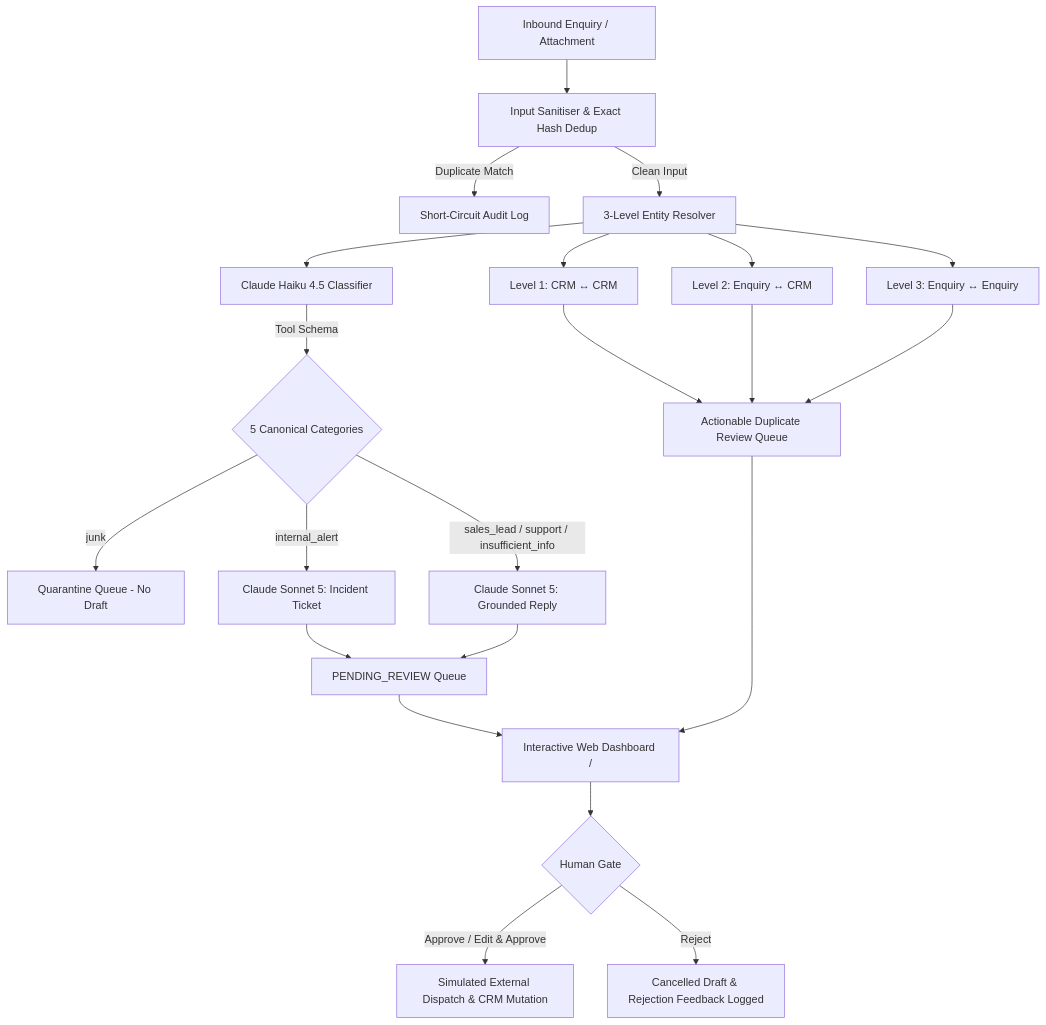
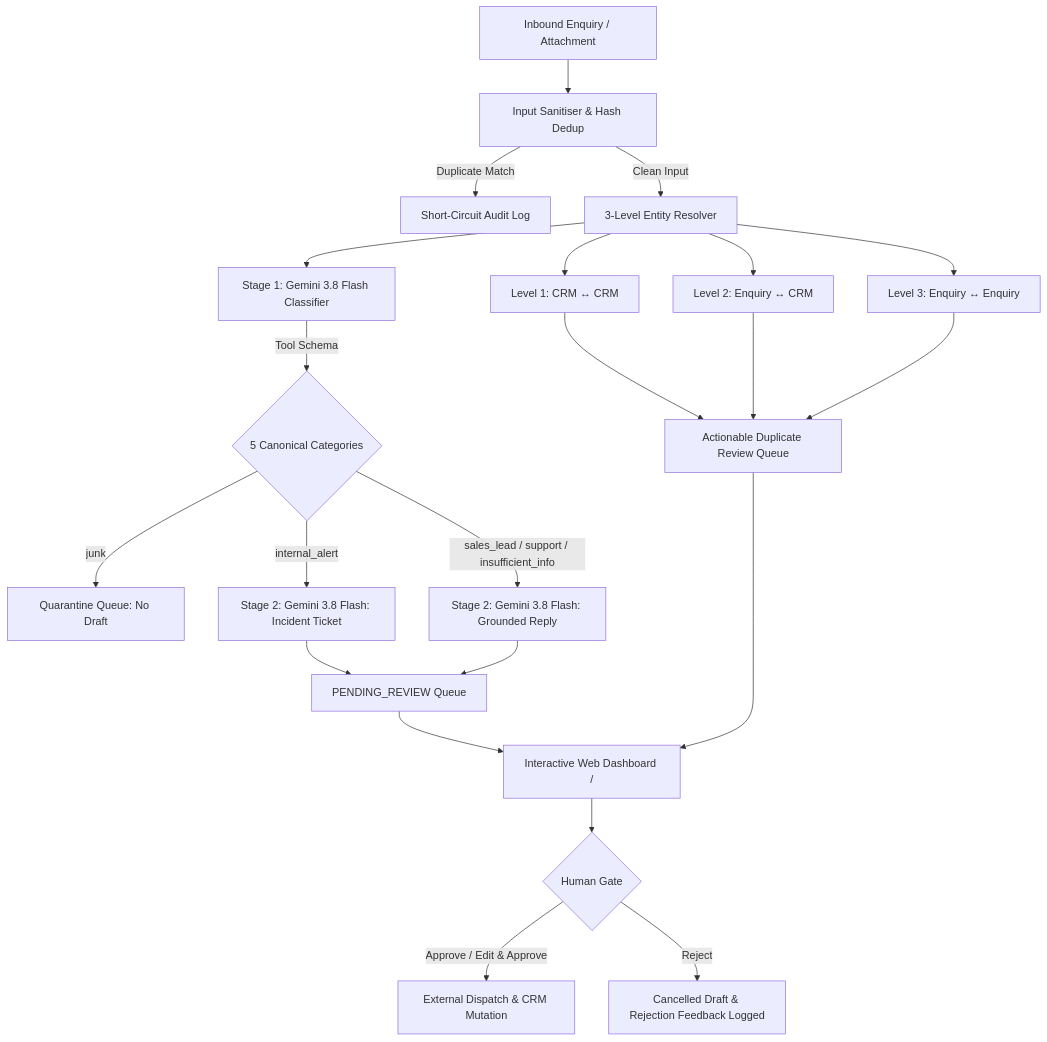
One commit to AgustarAlfonso/wearebeda changed the diagram in README.md. Above: the diagram before and after it, drawn with Mermaid. The commit also changed other lines of this file and 3 other files, not shown here.

````diff
--- a/README.md
+++ b/README.md
@@ -25,27 +26,27 @@
 ```mermaid
 flowchart TD
-    A[Inbound Enquiry / Attachment] --> B[Input Sanitiser & Exact Hash Dedup]
+    A[Inbound Enquiry / Attachment] --> B[Input Sanitiser & Hash Dedup]
     B -->|Duplicate Match| C[Short-Circuit Audit Log]
     B -->|Clean Input| D[3-Level Entity Resolver]
     
     D --> D1[Level 1: CRM ↔ CRM]
     D --> D2[Level 2: Enquiry ↔ CRM]
     D --> D3[Level 3: Enquiry ↔ Enquiry]
     D1 & D2 & D3 --> E[Actionable Duplicate Review Queue]
     
-    D --> F[Claude Haiku 4.5 Classifier]
+    D --> F[Stage 1: Gemini 3.8 Flash Classifier]
     F -->|Tool Schema| G{5 Canonical Categories}
     
-    G -->|junk| H[Quarantine Queue - No Draft]
-    G -->|internal_alert| I[Claude Sonnet 5: Incident Ticket]
-    G -->|sales_lead / support / insufficient_info| J[Claude Sonnet 5: Grounded Reply]
+    G -->|junk| H[Quarantine Queue: No Draft]
+    G -->|internal_alert| I[Stage 2: Gemini 3.8 Flash: Incident Ticket]
+    G -->|sales_lead / support / insufficient_info| J[Stage 2: Gemini 3.8 Flash: Grounded Reply]
     
     I & J --> K[PENDING_REVIEW Queue]
     
     K --> L[Interactive Web Dashboard /]
     E --> L
     
     L --> M{Human Gate}
-    M -->|Approve / Edit & Approve| N[Simulated External Dispatch & CRM Mutation]
+    M -->|Approve / Edit & Approve| N[External Dispatch & CRM Mutation]
     M -->|Reject| O[Cancelled Draft & Rejection Feedback Logged]
 ```
````
